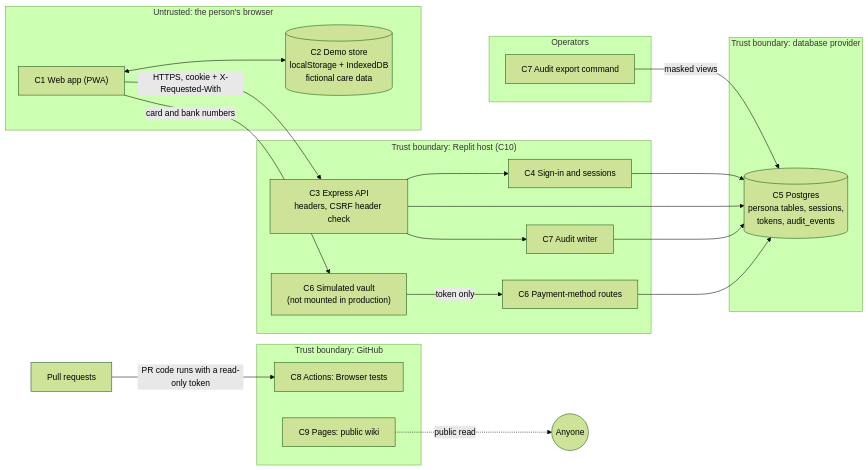
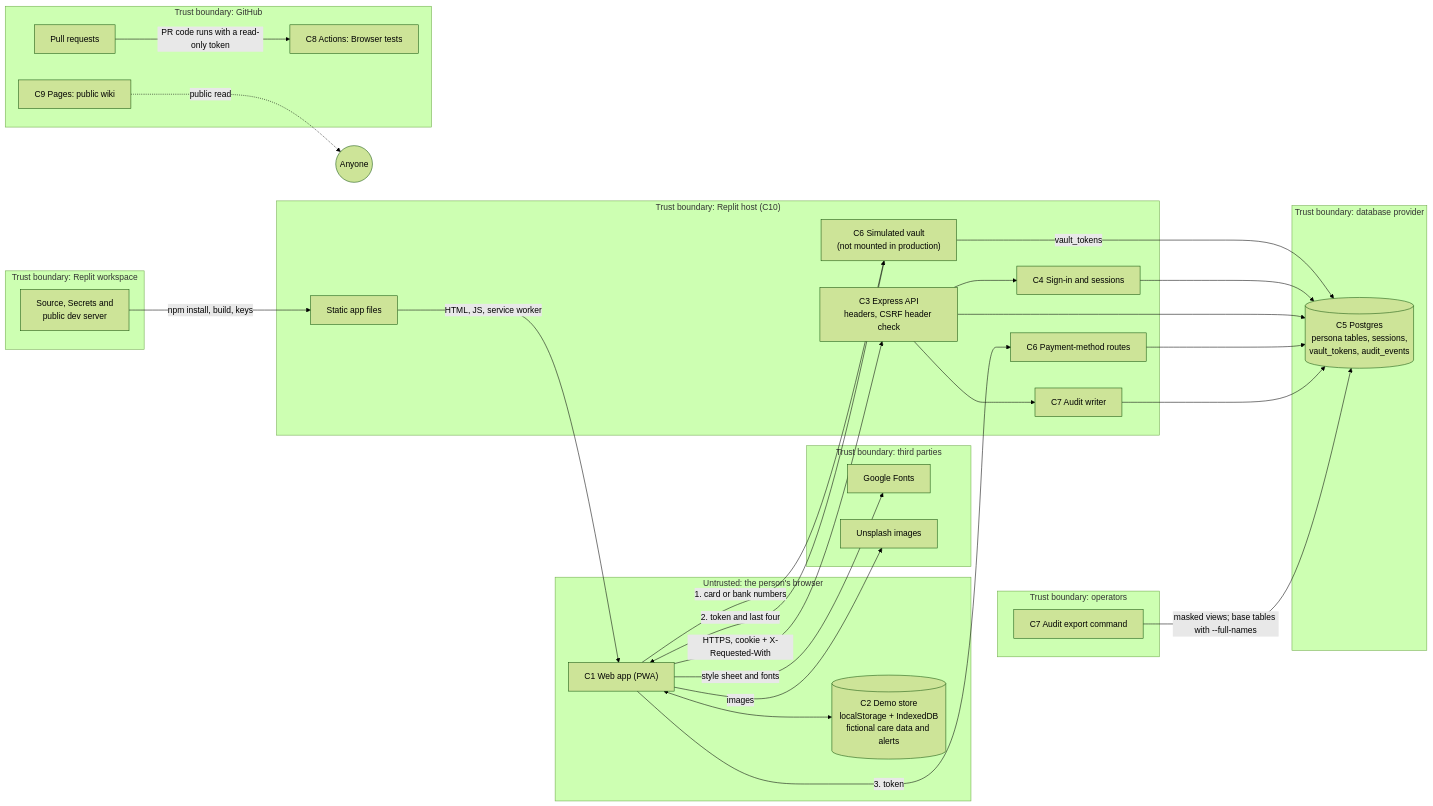
The diagram in docs/security/10-threat-model.md (sumanth1996/circle-care), drawn with Mermaid (forest theme) before and after one commit. The commit also changed other lines of this file and 9 other files, not shown here.

````diff
--- a/docs/security/10-threat-model.md
+++ b/docs/security/10-threat-model.md
@@ -32,38 +32,53 @@
 ```mermaid
 flowchart LR
   subgraph Device["Untrusted: the person's browser"]
     UI["C1 Web app (PWA)"]
-    STORE[("C2 Demo store<br/>localStorage + IndexedDB<br/>fictional care data")]
+    STORE[("C2 Demo store<br/>localStorage + IndexedDB<br/>fictional care data and alerts")]
     UI <--> STORE
   end
+  subgraph Third["Trust boundary: third parties"]
+    FONTS["Google Fonts"]
+    IMG["Unsplash images"]
+  end
   subgraph Host["Trust boundary: Replit host (C10)"]
+    STATIC["Static app files"]
     API["C3 Express API<br/>headers, CSRF header check"]
     AUTH["C4 Sign-in and sessions"]
     VAULT["C6 Simulated vault<br/>(not mounted in production)"]
     PAY["C6 Payment-method routes"]
     AUD["C7 Audit writer"]
   end
   subgraph Data["Trust boundary: database provider"]
-    DB[("C5 Postgres<br/>persona tables, sessions,<br/>tokens, audit_events")]
+    DB[("C5 Postgres<br/>persona tables, sessions,<br/>vault_tokens, audit_events")]
   end
-  subgraph Ops["Operators"]
+  subgraph Ops["Trust boundary: operators"]
     CLI["C7 Audit export command"]
   end
+  subgraph Work["Trust boundary: Replit workspace"]
+    WS["Source, Secrets and<br/>public dev server"]
+  end
   subgraph GitHub["Trust boundary: GitHub"]
+    PR["Pull requests"]
     CI["C8 Actions: Browser tests"]
     PAGES["C9 Pages: public wiki"]
   end
 
+  STATIC -- "HTML, JS, service worker" --> UI
+  UI -- "style sheet and fonts" --> FONTS
+  UI -- "images" --> IMG
   UI -- "HTTPS, cookie + X-Requested-With" --> API
   API --> AUTH
-  UI -- "card and bank numbers" --> VAULT
-  VAULT -- "token only" --> PAY
+  UI -- "1. card or bank numbers" --> VAULT
+  VAULT -- "2. token and last four" --> UI
+  UI -- "3. token" --> PAY
+  VAULT -- "vault_tokens" --> DB
   AUTH --> DB
   API --> DB
   PAY --> DB
+  API --> AUD
   AUD --> DB
-  API --> AUD
-  CLI -- "masked views" --> DB
-  PR["Pull requests"] -- "PR code runs with a read-only token" --> CI
+  CLI -- "masked views; base tables with --full-names" --> DB
+  WS -- "npm install, build, keys" --> STATIC
+  PR -- "PR code runs with a read-only token" --> CI
   PAGES -. "public read" .-> Internet(("Anyone"))
 ```
````
